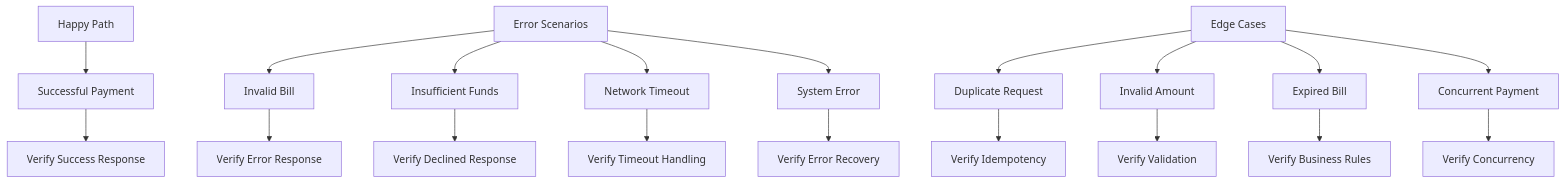
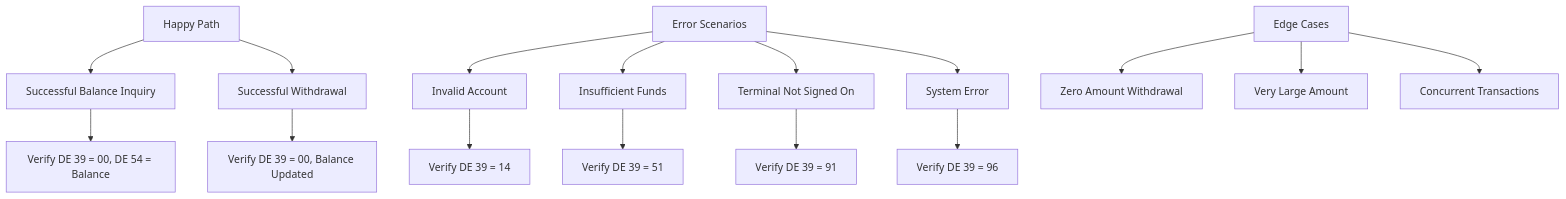
The sixth of 6 diagrams in workshop/day-3/INSTRUCTIONS.md (artivisi/training-spring-jpos-2025), drawn with Mermaid before and after one commit. The commit also changed other lines of this file and 30 other files, not shown here.

````diff
--- a/workshop/day-3/INSTRUCTIONS.md
+++ b/workshop/day-3/INSTRUCTIONS.md
@@ -240,22 +266,21 @@
 ```mermaid
 graph TB
-    A[Happy Path] --> A1[Successful Payment]
-    B[Error Scenarios] --> B1[Invalid Bill]
+    A[Happy Path] --> A1[Successful Balance Inquiry]
+    A --> A2[Successful Withdrawal]
+
+    B[Error Scenarios] --> B1[Invalid Account]
     B --> B2[Insufficient Funds]
-    B --> B3[Network Timeout]
+    B --> B3[Terminal Not Signed On]
     B --> B4[System Error]
-    C[Edge Cases] --> C1[Duplicate Request]
-    C --> C2[Invalid Amount]
-    C --> C3[Expired Bill]
-    C --> C4[Concurrent Payment]
 
-    A1 --> Test1[Verify Success Response]
-    B1 --> Test2[Verify Error Response]
-    B2 --> Test3[Verify Declined Response]
-    B3 --> Test4[Verify Timeout Handling]
-    B4 --> Test5[Verify Error Recovery]
-    C1 --> Test6[Verify Idempotency]
-    C2 --> Test7[Verify Validation]
-    C3 --> Test8[Verify Business Rules]
-    C4 --> Test9[Verify Concurrency]
+    C[Edge Cases] --> C1[Zero Amount Withdrawal]
+    C --> C2[Very Large Amount]
+    C --> C3[Concurrent Transactions]
+
+    A1 --> Test1[Verify DE 39 = 00, DE 54 = Balance]
+    A2 --> Test2[Verify DE 39 = 00, Balance Updated]
+    B1 --> Test3[Verify DE 39 = 14]
+    B2 --> Test4[Verify DE 39 = 51]
+    B3 --> Test5[Verify DE 39 = 91]
+    B4 --> Test6[Verify DE 39 = 96]
 ```
````
